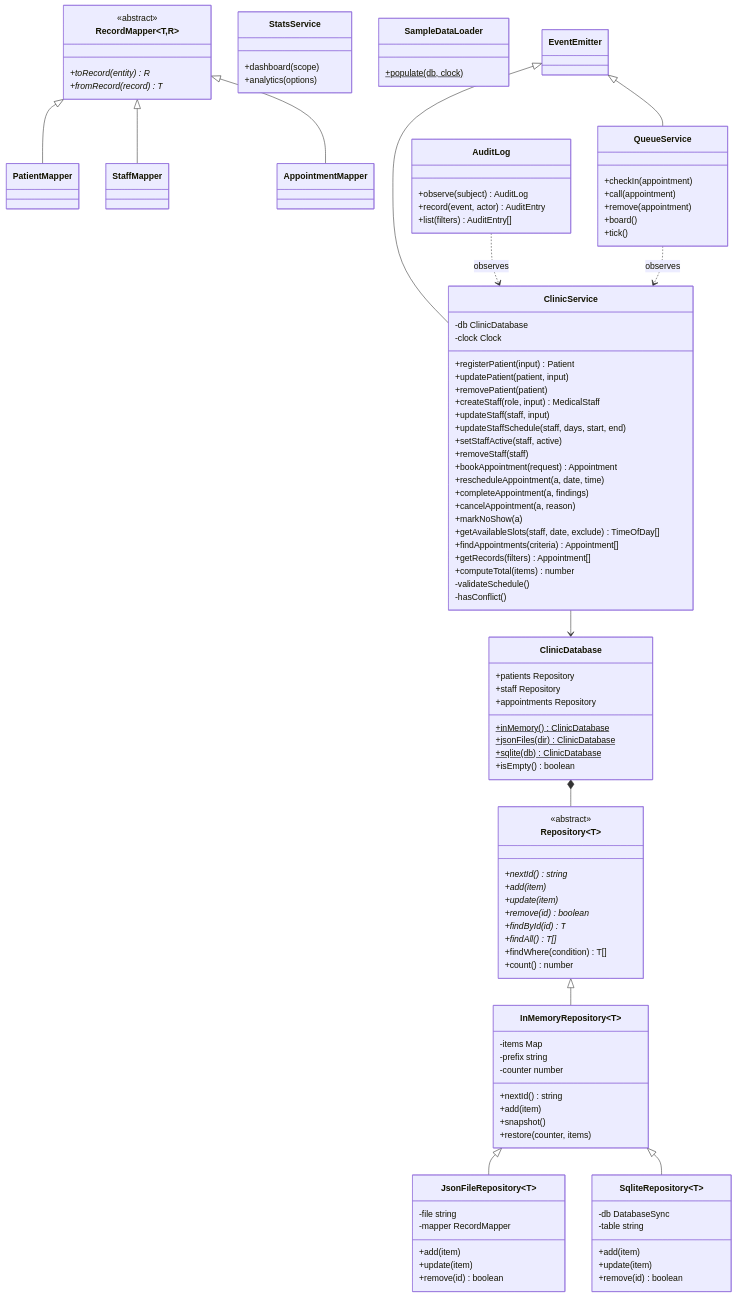
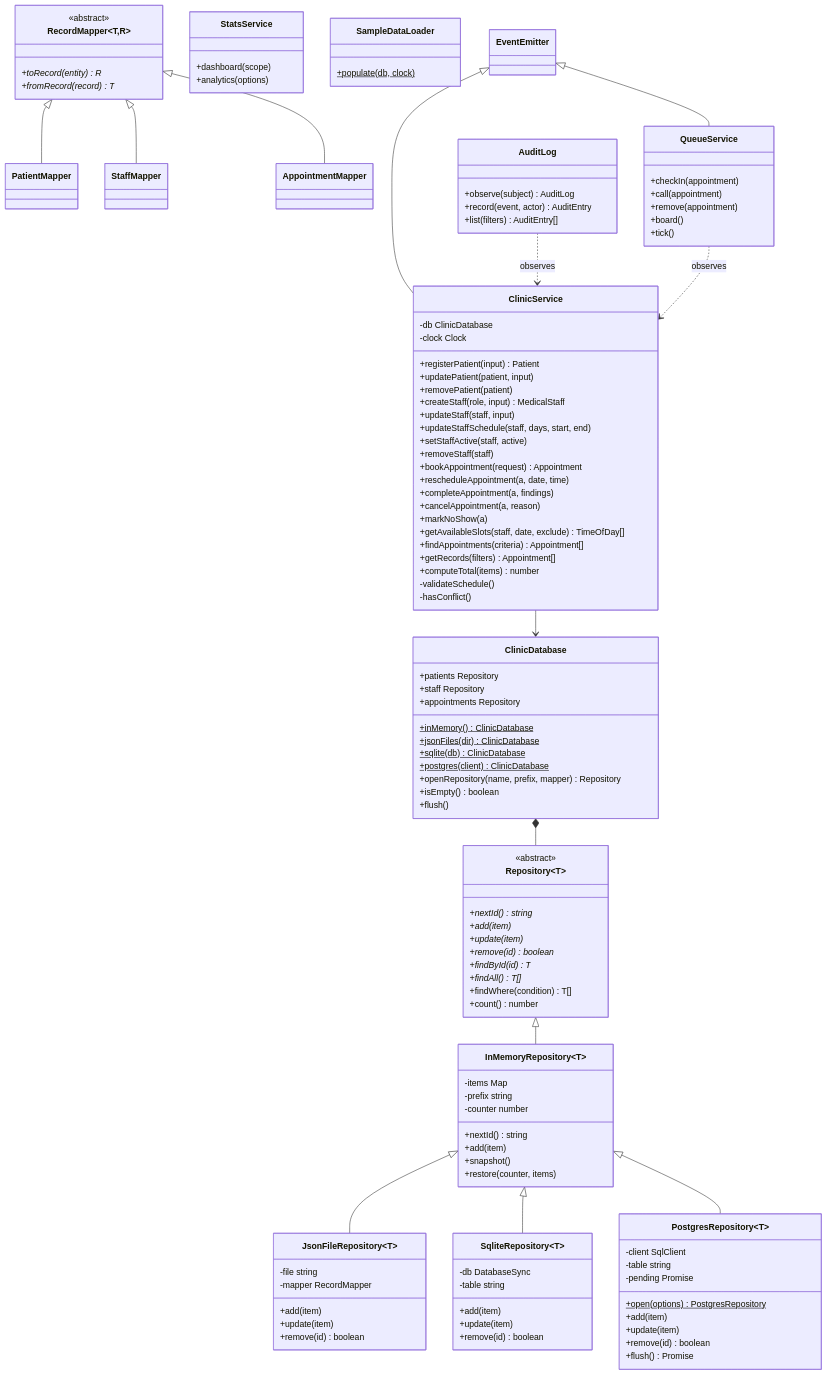
Before and after one commit to 0325-1244-tech/Clinic-Appointment-Management-System: the fifth of 7 diagrams in docs/DOCUMENTATION.md, drawn with Mermaid. The commit also changed other lines of this file and 51 other files, not shown here.

```diff
--- a/docs/DOCUMENTATION.md
+++ b/docs/DOCUMENTATION.md
@@ -389,6 +389,16 @@
     +update(item)
     +remove(id) boolean
   }
+  class PostgresRepository~T~ {
+    -client SqlClient
+    -table string
+    -pending Promise
+    +open(options)$ PostgresRepository
+    +add(item)
+    +update(item)
+    +remove(id) boolean
+    +flush() Promise
+  }
   class RecordMapper~T,R~ {
     <<abstract>>
     +toRecord(entity)* R
@@ -404,7 +414,10 @@
     +inMemory()$ ClinicDatabase
     +jsonFiles(dir)$ ClinicDatabase
     +sqlite(db)$ ClinicDatabase
+    +postgres(client)$ ClinicDatabase
+    +openRepository(name, prefix, mapper) Repository
     +isEmpty() boolean
+    +flush()
   }
   class ClinicService {
     -db ClinicDatabase
@@ -451,6 +464,7 @@
   Repository <|-- InMemoryRepository
   InMemoryRepository <|-- JsonFileRepository
   InMemoryRepository <|-- SqliteRepository
+  InMemoryRepository <|-- PostgresRepository
   RecordMapper <|-- PatientMapper
   RecordMapper <|-- StaffMapper
   RecordMapper <|-- AppointmentMapper
```
